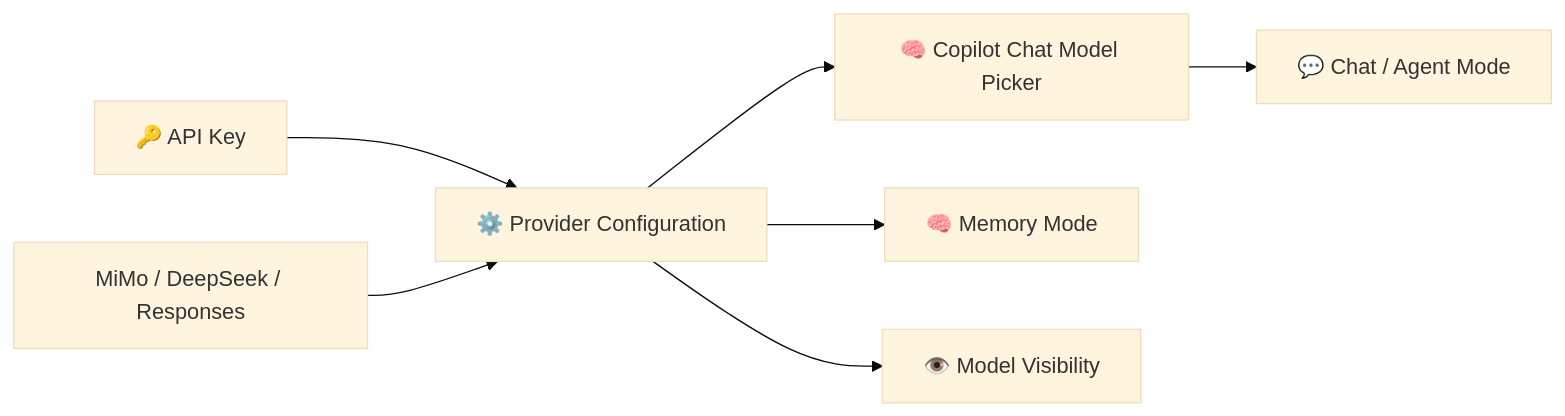
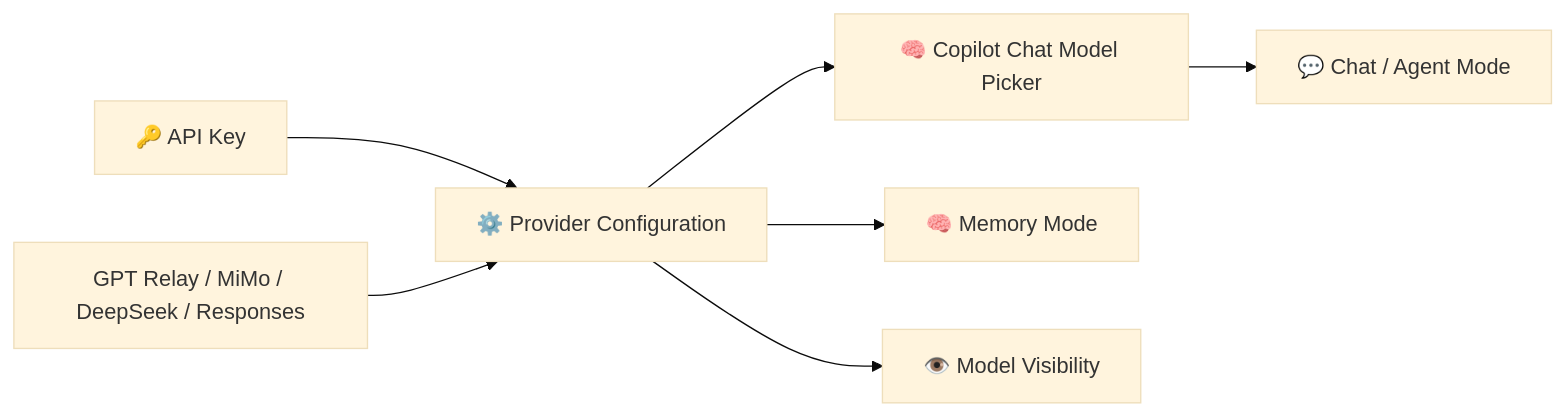
One commit to ClockZinc/mimo-for-copilot changed the diagram in README.md. Above: the diagram before and after it, drawn with Mermaid (base theme). The commit also changed other lines of this file and 15 other files, not shown here.

````diff
--- a/README.md
+++ b/README.md
@@ -78,9 +79,9 @@
 ```mermaid
 flowchart LR
   A[🔑 API Key] --> B[⚙️ Provider Configuration]
   B --> C[🧠 Copilot Chat Model Picker]
   C --> D[💬 Chat / Agent Mode]
   B --> E[🧠 Memory Mode]
   B --> F[👁️ Model Visibility]
-  G[MiMo / DeepSeek / Responses] --> B
+  G[GPT Relay / MiMo / DeepSeek / Responses] --> B
 ```
````
